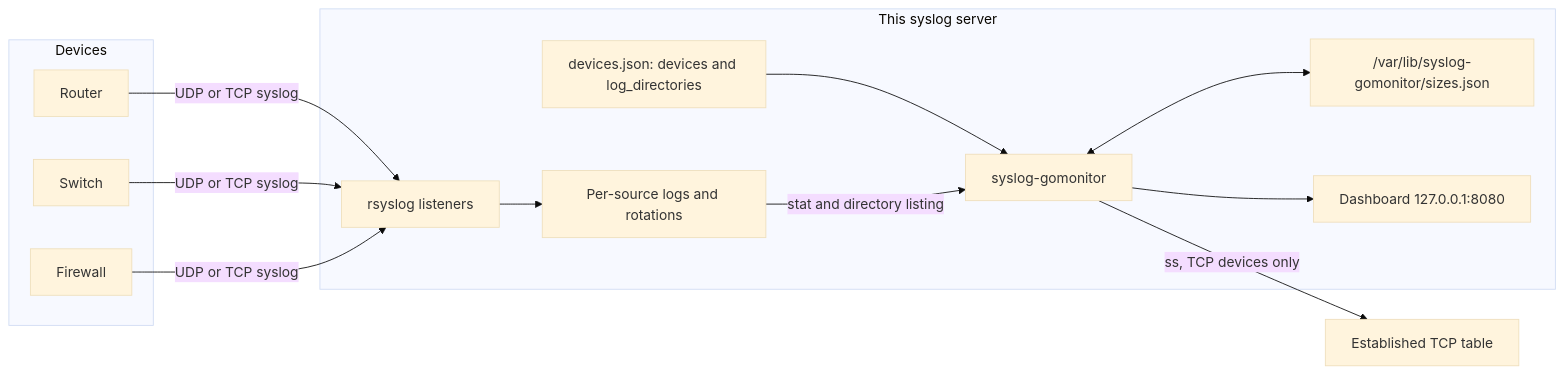
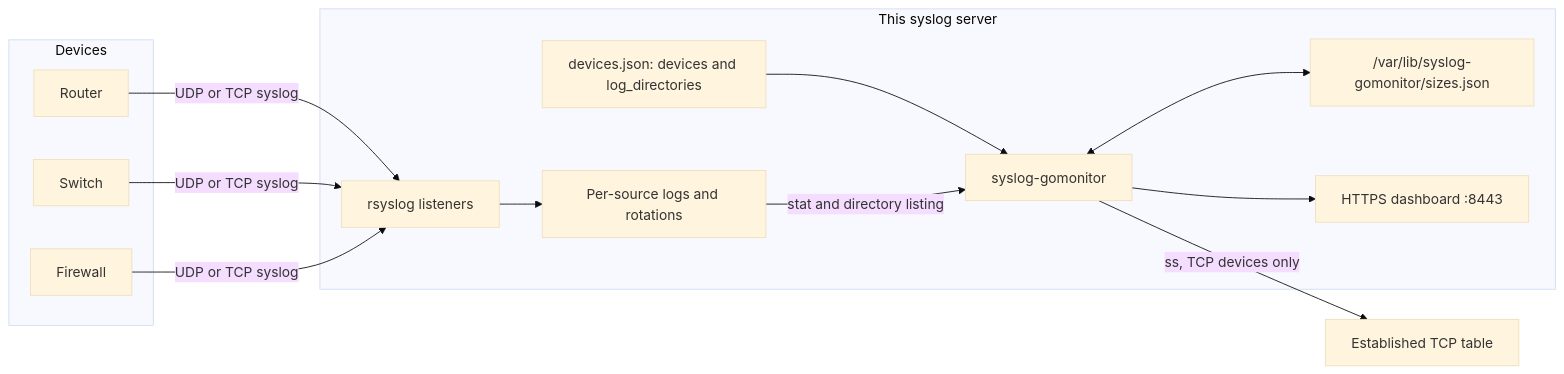
One commit to zcook44/syslog-gomonitor changed the first of 3 diagrams in docs/architecture.md. Above: the diagram before and after it, drawn with Mermaid (base theme). The commit also changed other lines of this file and 17 other files, not shown here.

First line of the commit message:
Serve the dashboard over HTTPS on the network.

````diff
--- a/docs/architecture.md
+++ b/docs/architecture.md
@@ -10,25 +10,25 @@
 ```mermaid
 flowchart LR
   subgraph senders [Devices]
     router[Router]
     switch[Switch]
     fw[Firewall]
   end
   subgraph server [This syslog server]
     rsyslog[rsyslog listeners]
     files["Per-source logs and rotations"]
     inventory["devices.json: devices and log_directories"]
     monitor[syslog-gomonitor]
     sizes["/var/lib/syslog-gomonitor/sizes.json"]
-    page["Dashboard 127.0.0.1:8080"]
+    page["HTTPS dashboard :8443"]
   end
   router -->|UDP or TCP syslog| rsyslog
   switch -->|UDP or TCP syslog| rsyslog
   fw -->|UDP or TCP syslog| rsyslog
   rsyslog --> files
   inventory --> monitor
   files -->|stat and directory listing| monitor
   monitor -->|ss, TCP devices only| sessions[Established TCP table]
   monitor <--> sizes
   monitor --> page
 ```
````
